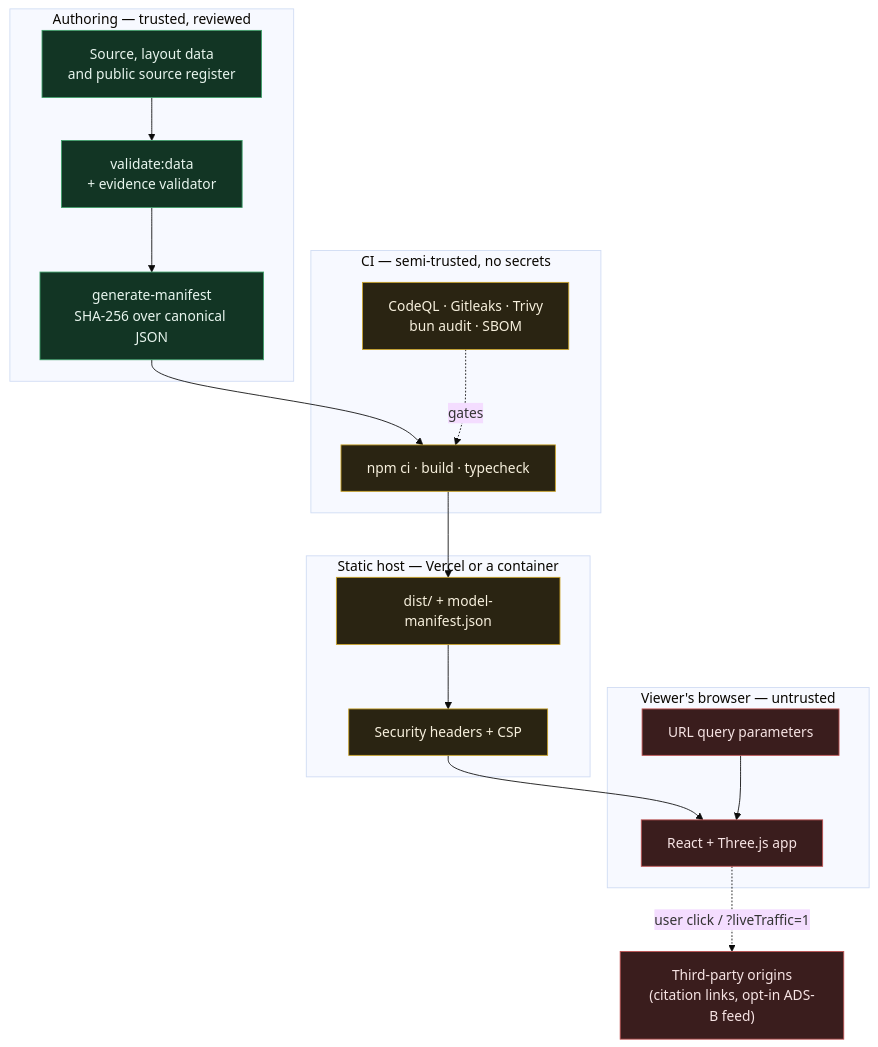
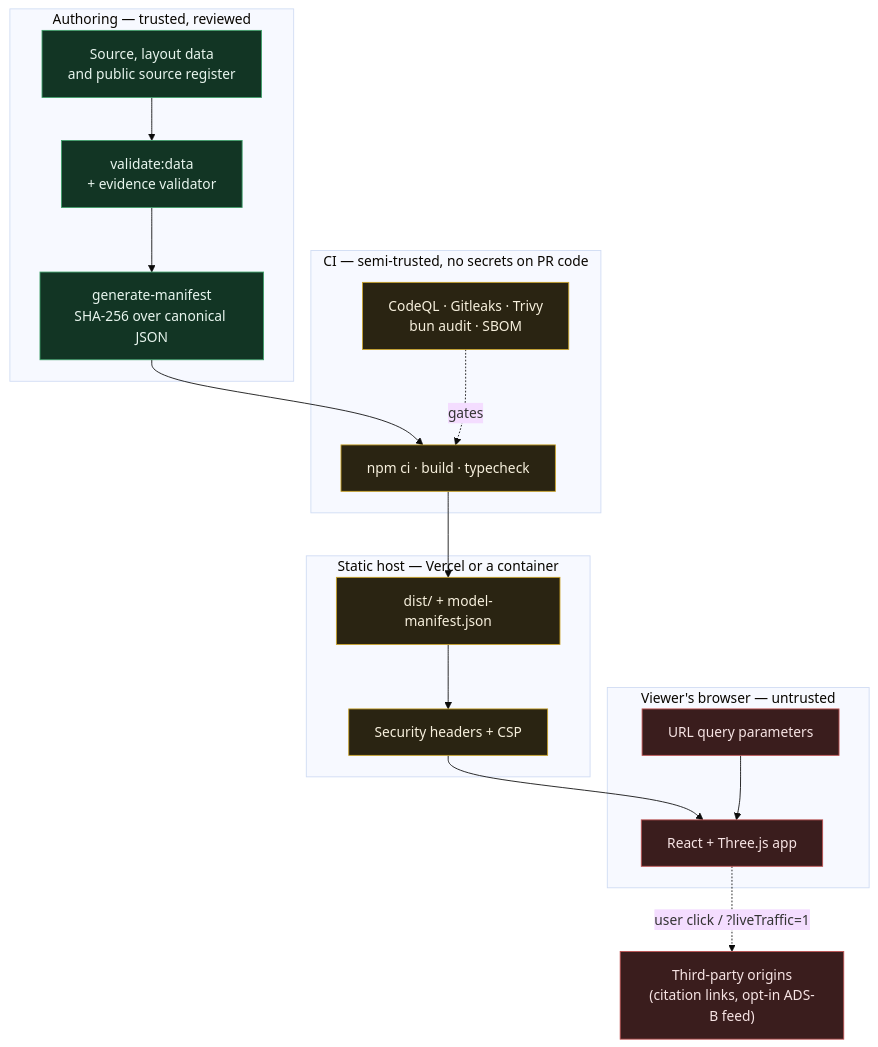
The diagram in docs/THREAT_MODEL.md (topherchris420/lop-nur-twin), drawn with Mermaid (base theme) before and after one commit. The commit also changed other lines of this file and 20 other files, not shown here.

````diff
--- a/docs/THREAT_MODEL.md
+++ b/docs/THREAT_MODEL.md
@@ -40,38 +40,38 @@
 ```mermaid
 flowchart TB
   subgraph authoring["Authoring — trusted, reviewed"]
     src["Source, layout data<br/>and public source register"]
     validate["validate:data<br/>+ evidence validator"]
     manifest["generate-manifest<br/>SHA-256 over canonical JSON"]
   end
 
-  subgraph ci["CI — semi-trusted, no secrets"]
+  subgraph ci["CI — semi-trusted, no secrets on PR code"]
     build["npm ci · build · typecheck"]
     scan["CodeQL · Gitleaks · Trivy<br/>bun audit · SBOM"]
   end
 
   subgraph host["Static host — Vercel or a container"]
     dist["dist/ + model-manifest.json"]
     headers["Security headers + CSP"]
   end
 
   subgraph browser["Viewer's browser — untrusted"]
     app["React + Three.js app"]
     params["URL query parameters"]
   end
 
   third["Third-party origins<br/>(citation links, opt-in ADS-B feed)"]
 
   src --> validate --> manifest --> build --> dist
   scan -.gates.-> build
   dist --> headers --> app
   params --> app
   app -. "user click / ?liveTraffic=1" .-> third
 
   classDef trusted fill:#123524,stroke:#3fa06a,color:#e8f5ee
   classDef semi fill:#2a2412,stroke:#c9a227,color:#f7f0dd
   classDef untrusted fill:#3a1d1d,stroke:#c05353,color:#f7e4e4
   class src,validate,manifest trusted
   class build,scan,dist,headers semi
   class app,params,third untrusted
 ```
````
